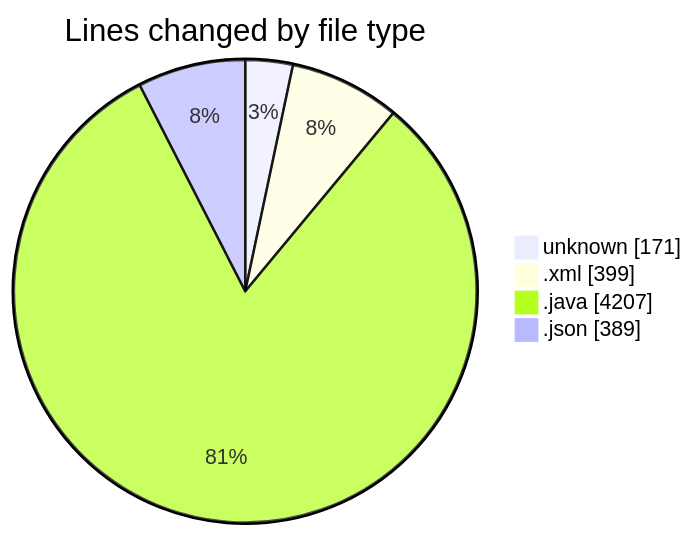
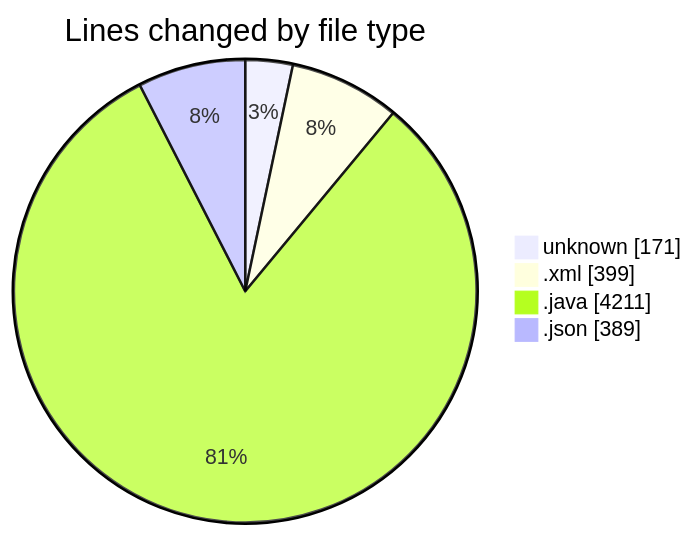
The first of 2 diagrams in 2025-02-24/micros/README.md (charlie-sans/code-tracking), drawn with Mermaid before and after one commit. The commit also changed other lines of this file and 1 other file, not shown here.

````diff
--- a/2025-02-24/micros/README.md
+++ b/2025-02-24/micros/README.md
@@ -34,8 +34,8 @@
 ```mermaid
 pie showData
 title Lines changed by file type
 "unknown" : 171
 ".xml" : 399
-".java" : 4207
+".java" : 4211
 ".json" : 389
 ```
````
